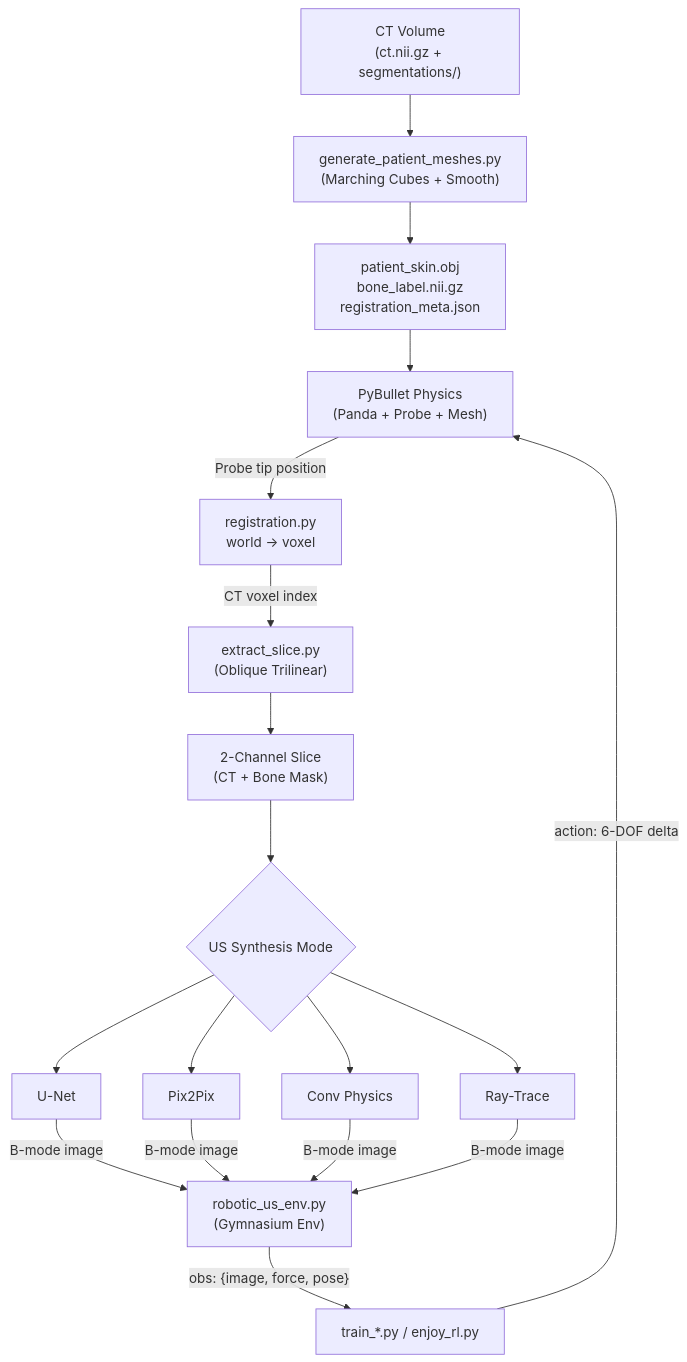
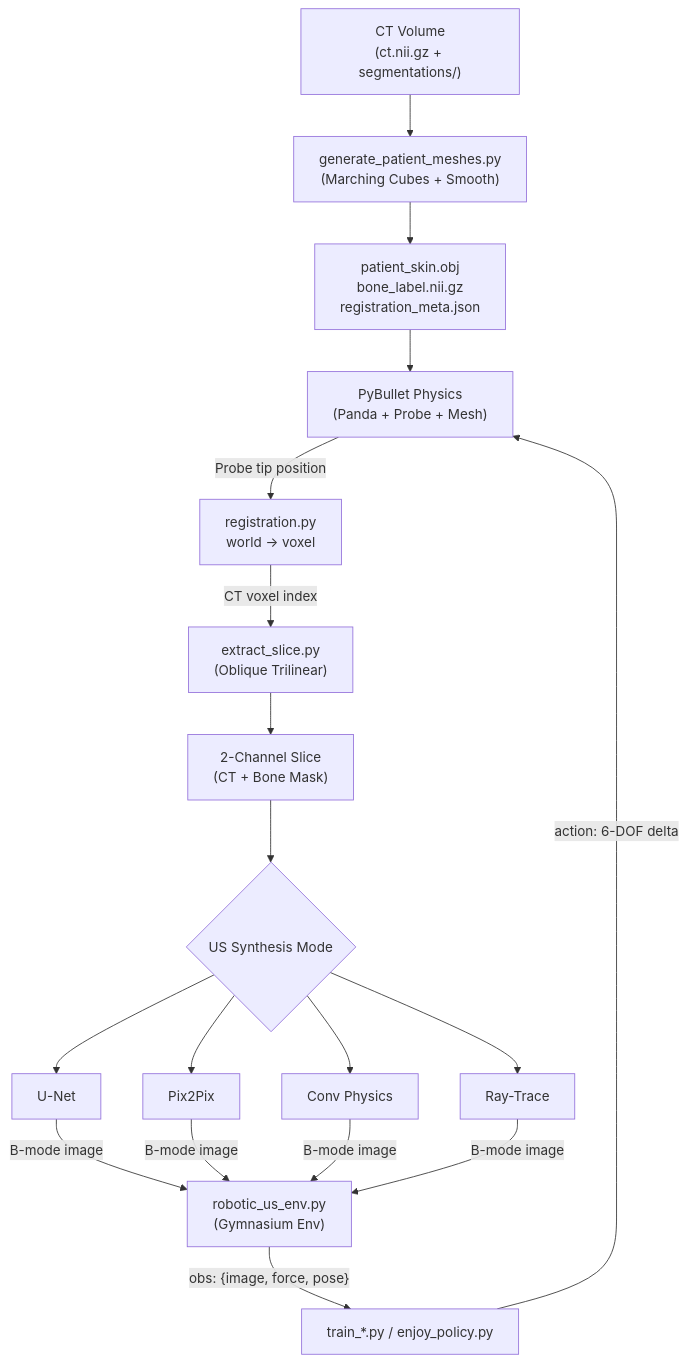
One commit to Vedansh076/ct-us-robotic-scanning changed the diagram in DEVELOPER_GUIDE.md. Above: the diagram before and after it, drawn with Mermaid. The commit also changed other lines of this file and 5 other files, not shown here.

Commit message:
Rename enjoy_rl.py to enjoy_policy.py and update all references across codebase and documentation

````diff
--- a/DEVELOPER_GUIDE.md
+++ b/DEVELOPER_GUIDE.md
@@ -19,26 +19,26 @@
 ```mermaid
 graph TD
     A["CT Volume<br/>(ct.nii.gz + segmentations/)"]
     B["generate_patient_meshes.py<br/>(Marching Cubes + Smooth)"]
     C["patient_skin.obj<br/>bone_label.nii.gz<br/>registration_meta.json"]
     D["PyBullet Physics<br/>(Panda + Probe + Mesh)"]
     E["registration.py<br/>world → voxel"]
     F["extract_slice.py<br/>(Oblique Trilinear)"]
     G["2-Channel Slice<br/>(CT + Bone Mask)"]
     H{"US Synthesis Mode"}
     H1["U-Net"]
     H2["Pix2Pix"]
     H3["Conv Physics"]
     H4["Ray-Trace"]
     I["robotic_us_env.py<br/>(Gymnasium Env)"]
-    J["train_*.py / enjoy_rl.py"]
+    J["train_*.py / enjoy_policy.py"]
 
     A --> B --> C --> D
     D -->|"Probe tip position"| E
     E -->|"CT voxel index"| F
     F --> G --> H
     H --> H1 & H2 & H3 & H4
     H1 & H2 & H3 & H4 -->|"B-mode image"| I
     I -->|"obs: {image, force, pose}"| J
     J -->|"action: 6-DOF delta"| D
 ```
````
